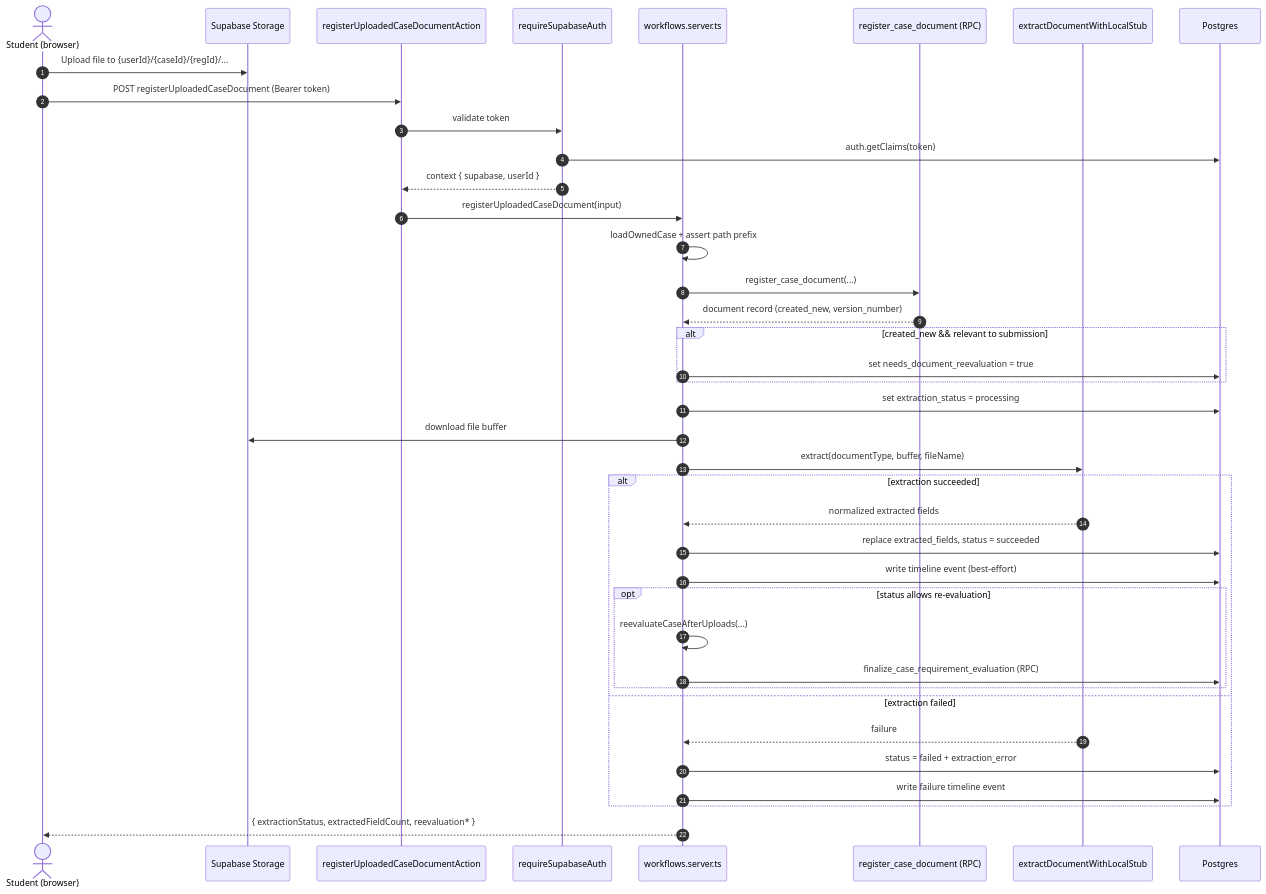
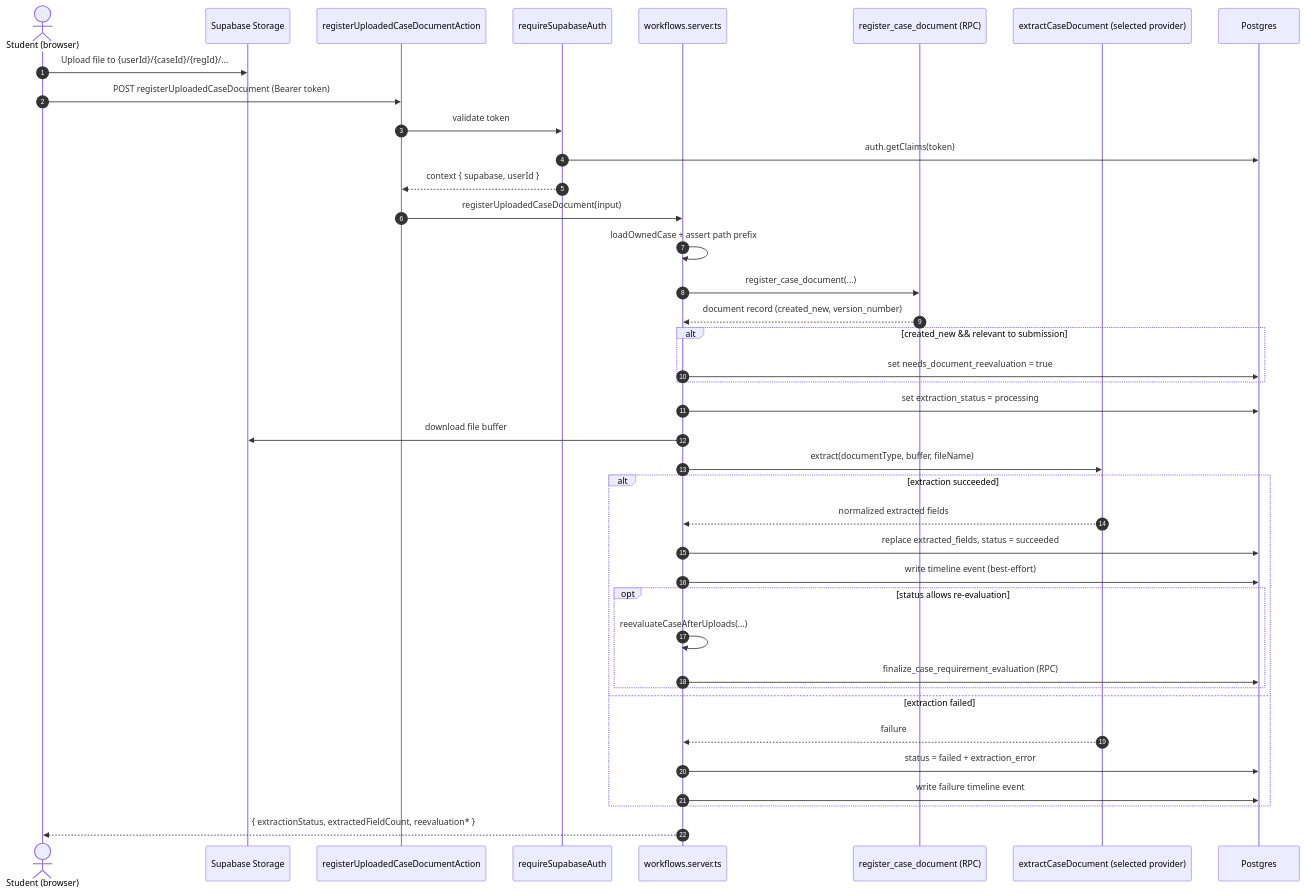
Before and after one commit to rhit-nayeems/visaflow-assistant-main: the fifth of 12 diagrams in visaflow-assistant-main/ARCHITECTURE.md, drawn with Mermaid. The commit also changed other lines of this file and 10 other files, not shown here.

````diff
--- a/visaflow-assistant-main/ARCHITECTURE.md
+++ b/visaflow-assistant-main/ARCHITECTURE.md
@@ -216,42 +223,42 @@
 ```mermaid
 sequenceDiagram
     autonumber
     actor S as Student (browser)
     participant ST as Supabase Storage
     participant A as registerUploadedCaseDocumentAction
     participant MW as requireSupabaseAuth
     participant W as workflows.server.ts
     participant RPC as register_case_document (RPC)
-    participant EX as extractDocumentWithLocalStub
+    participant EX as extractCaseDocument (selected provider)
     participant DB as Postgres
 
     S->>ST: Upload file to {userId}/{caseId}/{regId}/...
     S->>A: POST registerUploadedCaseDocument (Bearer token)
     A->>MW: validate token
     MW->>DB: auth.getClaims(token)
     MW-->>A: context { supabase, userId }
     A->>W: registerUploadedCaseDocument(input)
     W->>W: loadOwnedCase + assert path prefix
     W->>RPC: register_case_document(...)
     RPC-->>W: document record (created_new, version_number)
     alt created_new && relevant to submission
         W->>DB: set needs_document_reevaluation = true
     end
     W->>DB: set extraction_status = processing
     W->>ST: download file buffer
     W->>EX: extract(documentType, buffer, fileName)
     alt extraction succeeded
         EX-->>W: normalized extracted fields
         W->>DB: replace extracted_fields, status = succeeded
         W->>DB: write timeline event (best-effort)
         opt status allows re-evaluation
             W->>W: reevaluateCaseAfterUploads(...)
             W->>DB: finalize_case_requirement_evaluation (RPC)
         end
     else extraction failed
         EX-->>W: failure
         W->>DB: status = failed + extraction_error
         W->>DB: write failure timeline event
     end
     W-->>S: { extractionStatus, extractedFieldCount, reevaluation* }
 ```
````
